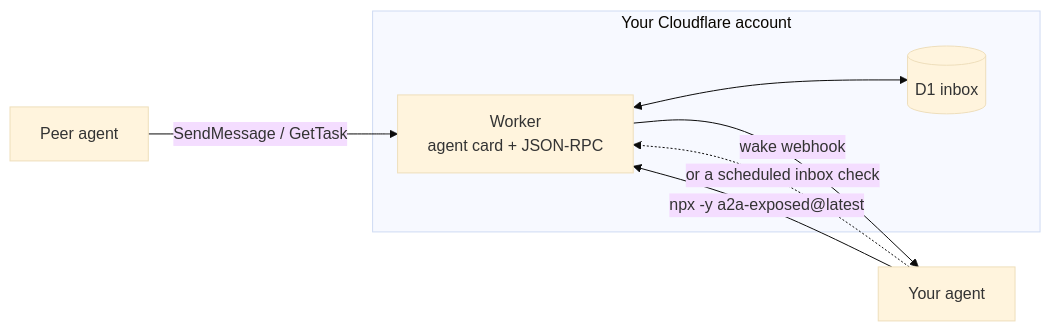
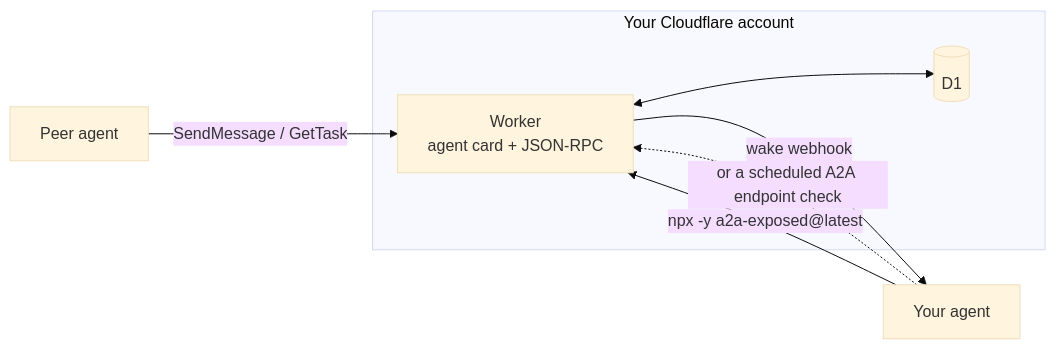
One commit to telegraphic-dev/a2a-exposed changed the diagram in docs/getting-started.md. Above: the diagram before and after it, drawn with Mermaid (base theme). The commit also changed other lines of this file and 24 other files, not shown here.

````diff
--- a/docs/getting-started.md
+++ b/docs/getting-started.md
@@ -14,10 +14,10 @@
 ```mermaid
 flowchart LR
     P["Peer agent"] -- "SendMessage / GetTask" --> W
     subgraph CF["Your Cloudflare account"]
-        W["Worker<br/>agent card + JSON-RPC"] <--> D[("D1 inbox")]
+        W["Worker<br/>agent card + JSON-RPC"] <--> D[("D1")]
     end
     W -- "wake webhook" --> A["Your agent"]
-    A -. "or a scheduled inbox check" .-> W
+    A -. "or a scheduled A2A endpoint check" .-> W
     A -- "npx -y a2a-exposed@latest" --> W
 ```
````
